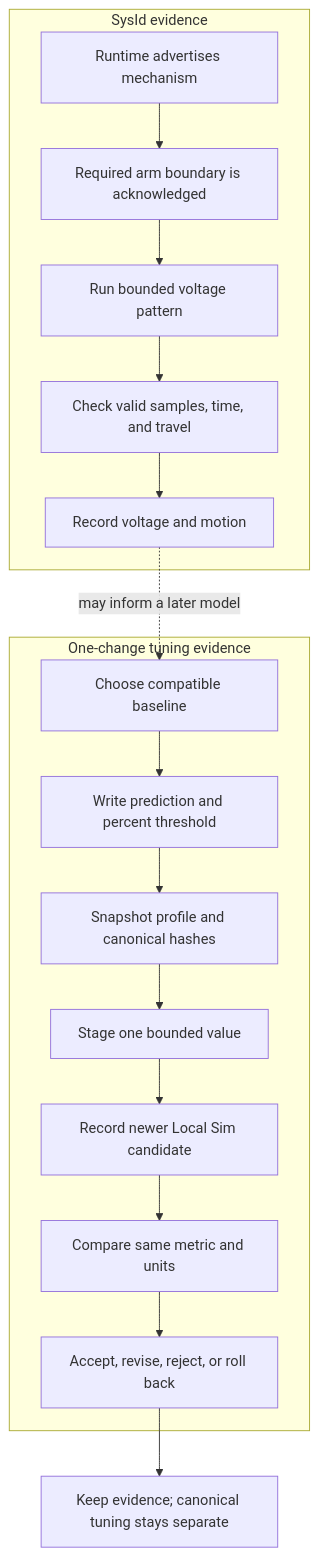
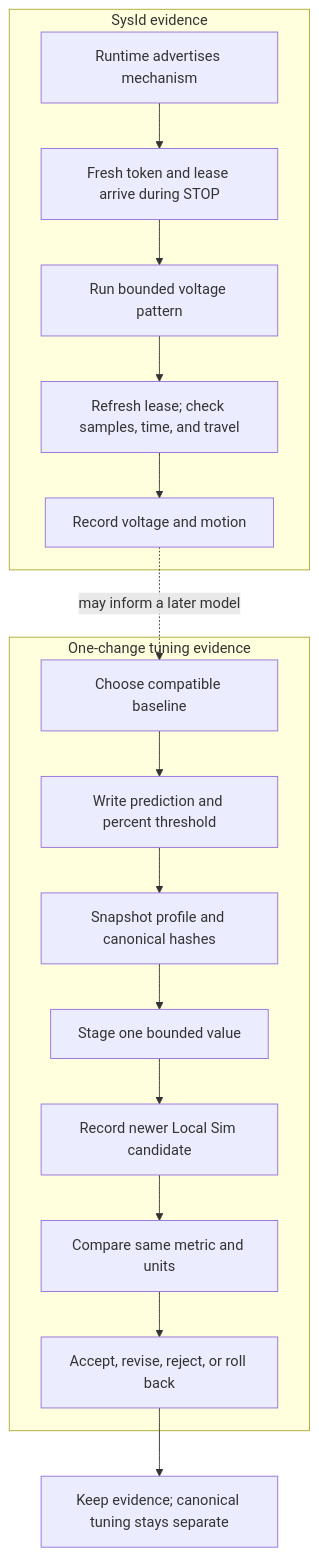
One commit to ARES-23247/ARESWEB changed the diagram in content/learning/testing-debugging/05-sysid-tuning.md. Above: the diagram before and after it, drawn with Mermaid. The commit also changed other lines of this file and 5 other files, not shown here.

````diff
--- a/content/learning/testing-debugging/05-sysid-tuning.md
+++ b/content/learning/testing-debugging/05-sysid-tuning.md
@@ -88,20 +96,20 @@
 ```mermaid
 %% aria: SysId and tuning are separate evidence paths. The SysId path checks an advertised capability and arm boundary before a bounded routine records voltage and motion. The tuning path starts from a compatible baseline, snapshots configuration, stages one bounded value, records a newer Local Sim candidate, compares a percentage against a prior threshold, and preserves a decision. Neither path silently edits canonical tuning.
 flowchart TB
   subgraph S["SysId evidence"]
-    C["Runtime advertises mechanism"] --> A["Required arm boundary is acknowledged"]
+    C["Runtime advertises mechanism"] --> A["Fresh token and lease arrive during STOP"]
     A --> R["Run bounded voltage pattern"]
-    R --> G["Check valid samples, time, and travel"]
+    R --> G["Refresh lease; check samples, time, and travel"]
     G --> L["Record voltage and motion"]
   end
   subgraph T["One-change tuning evidence"]
     B["Choose compatible baseline"] --> P["Write prediction and percent threshold"]
     P --> H["Snapshot profile and canonical hashes"]
     H --> O["Stage one bounded value"]
     O --> N["Record newer Local Sim candidate"]
     N --> M["Compare same metric and units"]
     M --> D["Accept, revise, reject, or roll back"]
   end
   L -. "may inform a later model" .-> B
   D --> E["Keep evidence; canonical tuning stays separate"]
 ```
````
